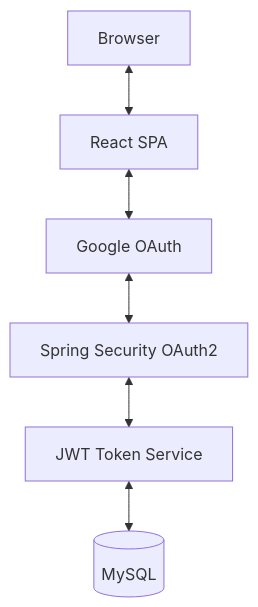
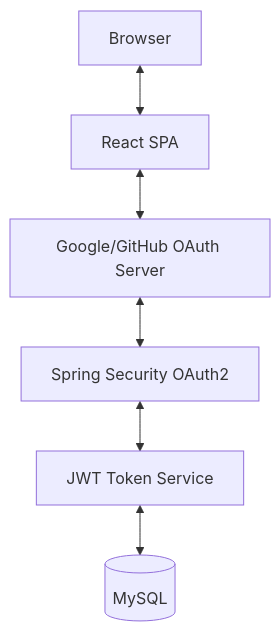
Before and after one commit to sharado/Full-Stack-OAuth2.0-with-JWT: the diagram in README.md, drawn with Mermaid.

````diff
--- a/README.md
+++ b/README.md
@@ -23,15 +23,15 @@
 ```mermaid
 flowchart TD
     A[Browser]
     B[React SPA]
-    C[Google OAuth]
+    C[Google/GitHub OAuth Server]
     D[Spring Security OAuth2]
     E[JWT Token Service]
     F[(MySQL)]
 
     A <--> B
     B <--> C
     C <--> D
     D <--> E
     E <--> F
 ```
````
